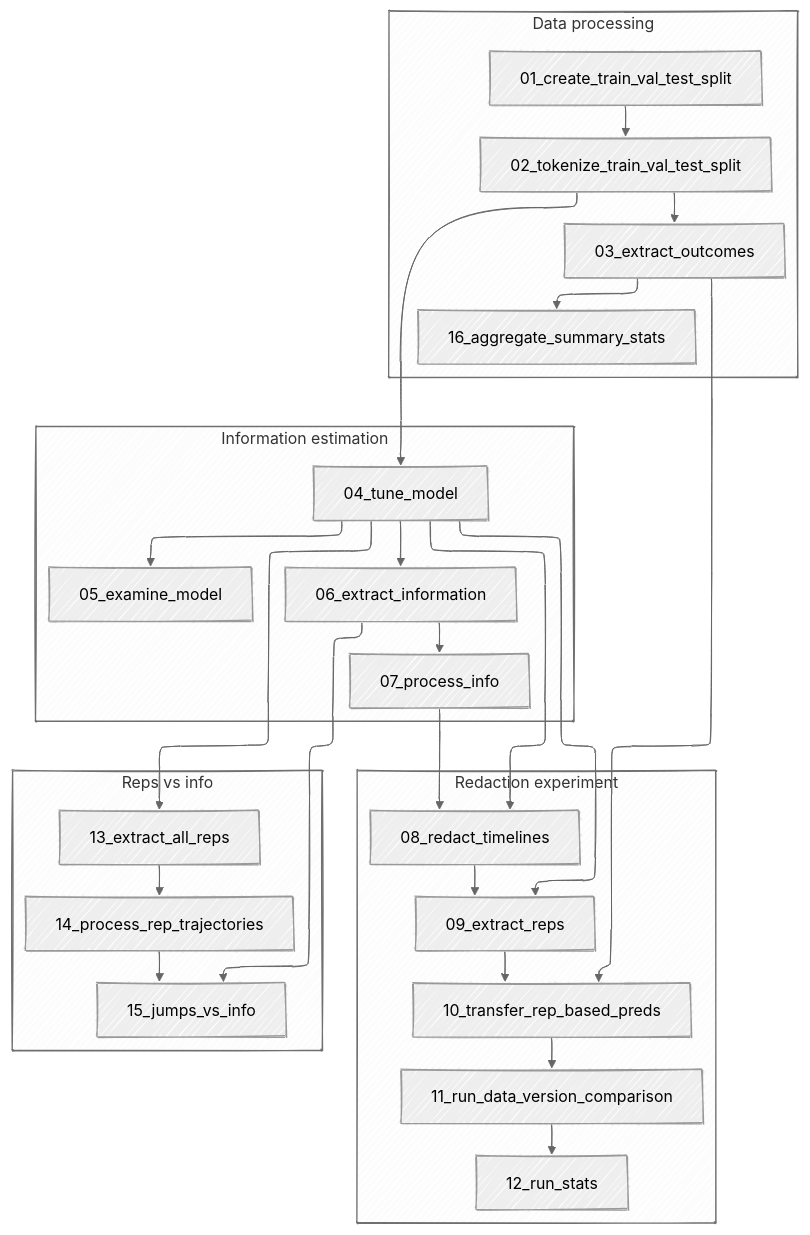
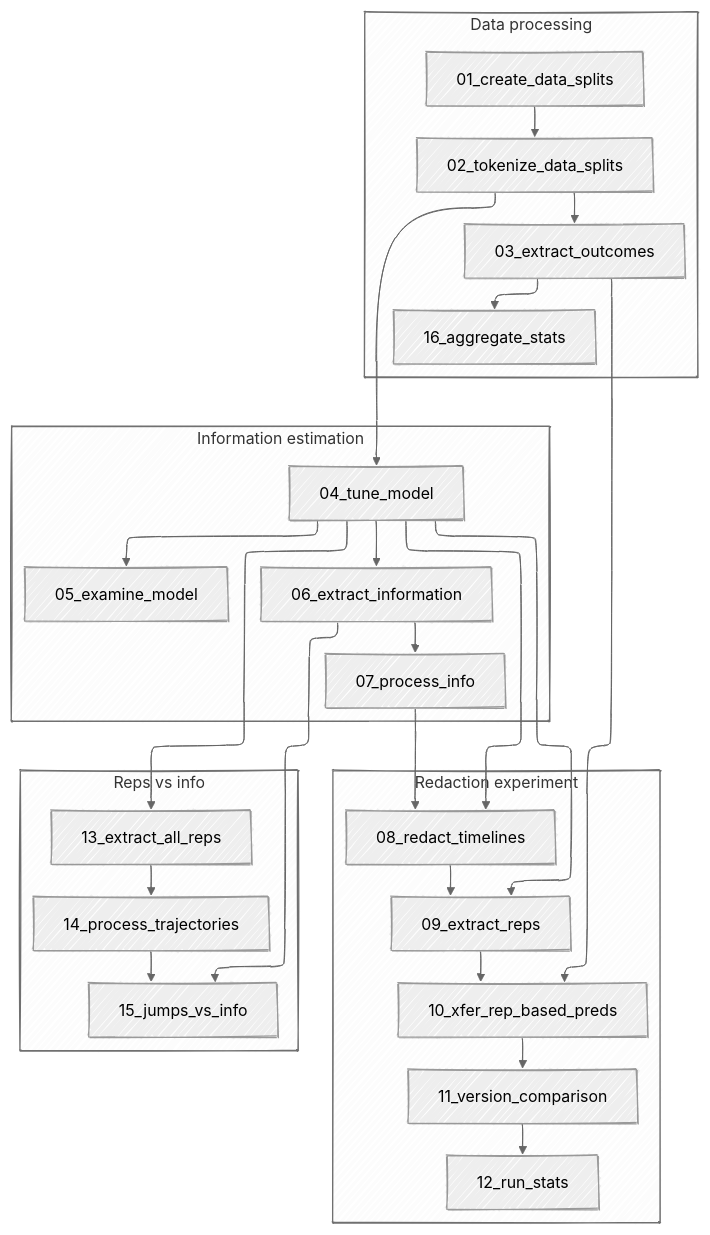
Before and after one commit to bbj-lab/fms-ehrs: the diagram in README.md, drawn with Mermaid. The commit also changed other lines of this file and 9 other files, not shown here.

````diff
--- a/README.md
+++ b/README.md
@@ -33,46 +34,46 @@
 ```mermaid
 ---
 config:
   theme: neutral
   look: handDrawn
   layout: elk
   themeCSS: "* { overflow: visible; }"
 ---
 flowchart TD
  subgraph s1["Data processing"]
-        N1["01_create_train_val_test_split"]
-        N2["02_tokenize_train_val_test_split"]
+        N1["01_create_data_splits"]
+        N2["02_tokenize_data_splits"]
         N3["03_extract_outcomes"]
-        N16["16_aggregate_summary_stats"]
+        N16["16_aggregate_stats"]
   end
  subgraph s2["Information estimation"]
         N4["04_tune_model"]
         N5["05_examine_model"]
         N6["06_extract_information"]
         N7["07_process_info"]
   end
  subgraph s3["Redaction experiment"]
         N8["08_redact_timelines"]
         N9["09_extract_reps"]
-        N10["10_transfer_rep_based_preds"]
-        N11["11_run_data_version_comparison"]
+        N10["10_xfer_rep_based_preds"]
+        N11["11_version_comparison"]
         N12["12_run_stats"]
   end
  subgraph s4["Reps vs info"]
         N13["13_extract_all_reps"]
-        N14["14_process_rep_trajectories"]
+        N14["14_process_trajectories"]
         N15["15_jumps_vs_info"]
   end
     N1 --> N2
     N2 --> N3 & N4
     N3 --> N16 & N10
     N4 --> N5 & N6 & N8 & N13
     N6 --> N7 & N15
     N7 --> N8
     N8 --> N9
     N4 --> N9 --> N10
     N10 --> N11
     N11 --> N12
     N13 --> N14
     N14 --> N15
 ```
````
